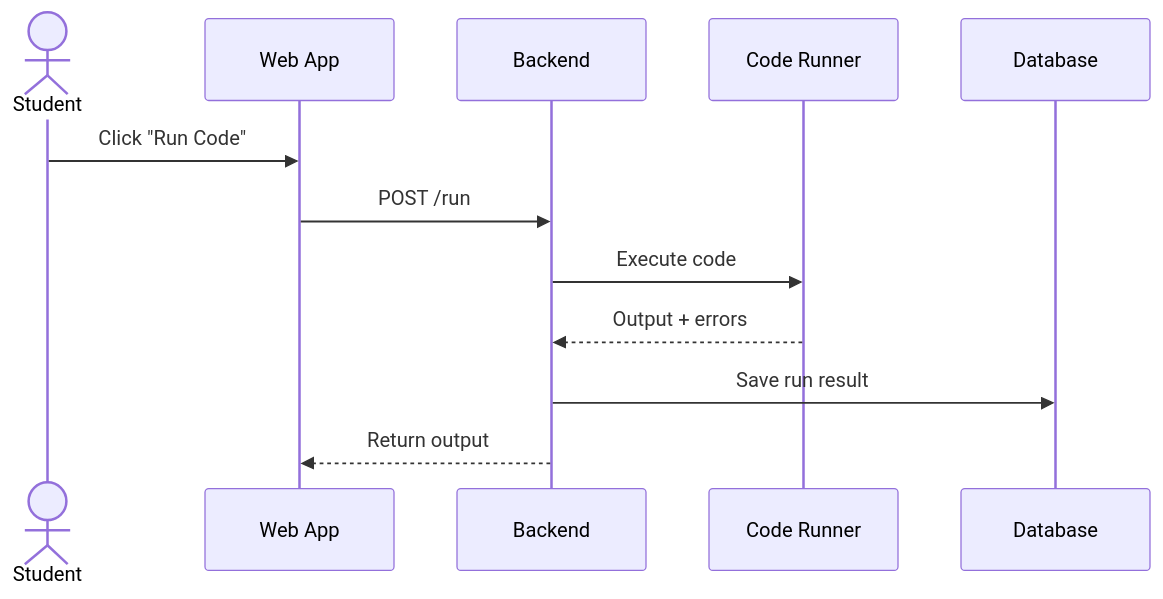
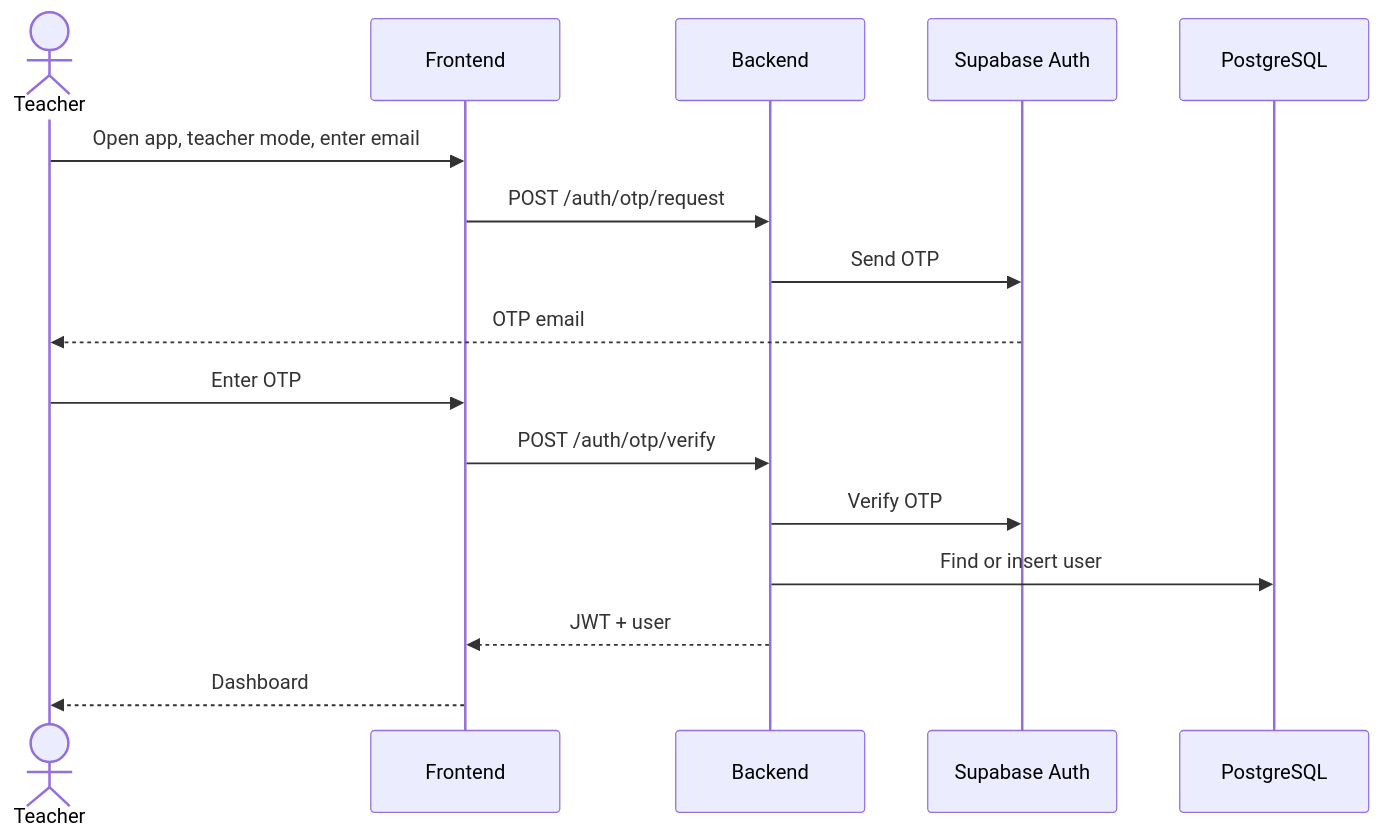
Before and after one commit to Capstone-Projects-2026-spring/project-auto-suggestion-quiz: the first of 16 diagrams in documentation/docs/system-architecture/sequence-diagrams.md, drawn with Mermaid. The commit also changed other lines of this file and 5 other files, not shown here.

````diff
--- a/documentation/docs/system-architecture/sequence-diagrams.md
+++ b/documentation/docs/system-architecture/sequence-diagrams.md
@@ -13,15 +32,19 @@
 ```mermaid
 sequenceDiagram
-  actor Student
-  participant UI as Web App
+  actor Teacher
+  participant FE as Frontend
   participant API as Backend
-  participant RUN as Code Runner
-  participant DB as Database
+  participant SUPA as Supabase Auth
+  participant DB as PostgreSQL
 
-  Student->>UI: Click "Run Code"
-  UI->>API: POST /run
-  API->>RUN: Execute code
-  RUN-->>API: Output + errors
-  API->>DB: Save run result
-  API-->>UI: Return output
+  Teacher->>FE: Open app, teacher mode, enter email
+  FE->>API: POST /auth/otp/request
+  API->>SUPA: Send OTP
+  SUPA-->>Teacher: OTP email
+  Teacher->>FE: Enter OTP
+  FE->>API: POST /auth/otp/verify
+  API->>SUPA: Verify OTP
+  API->>DB: Find or insert user
+  API-->>FE: JWT + user
+  FE-->>Teacher: Dashboard
 ```
````
